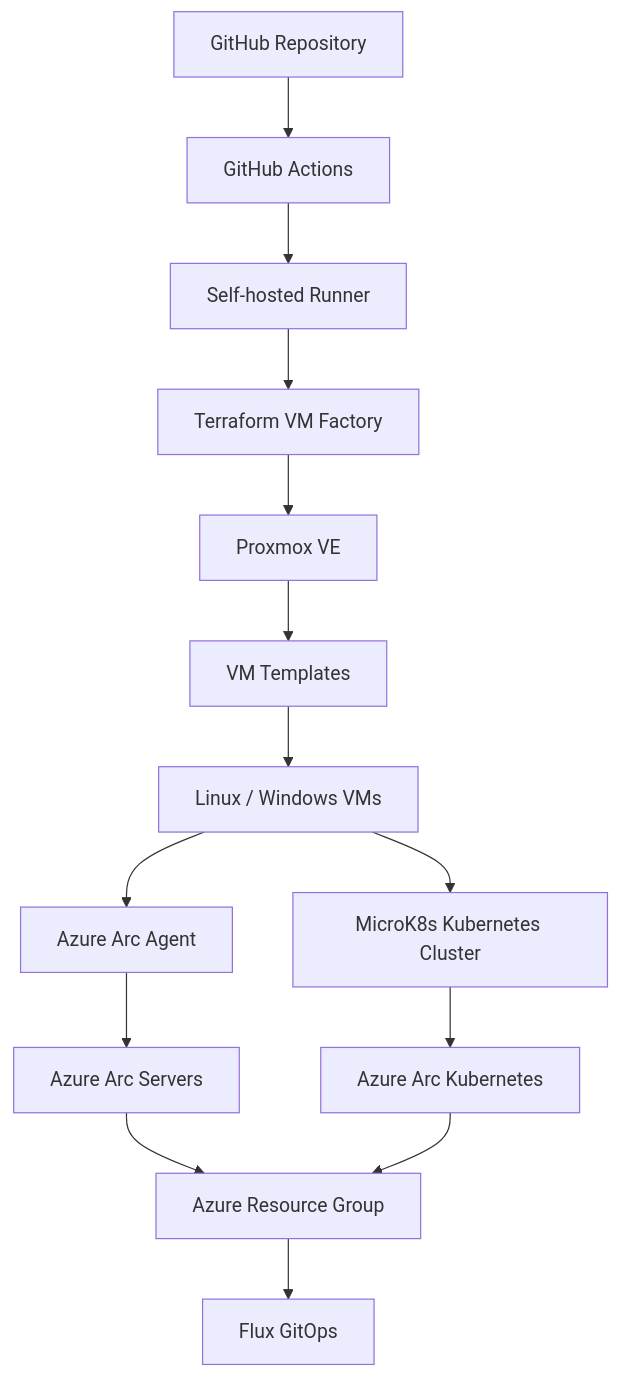
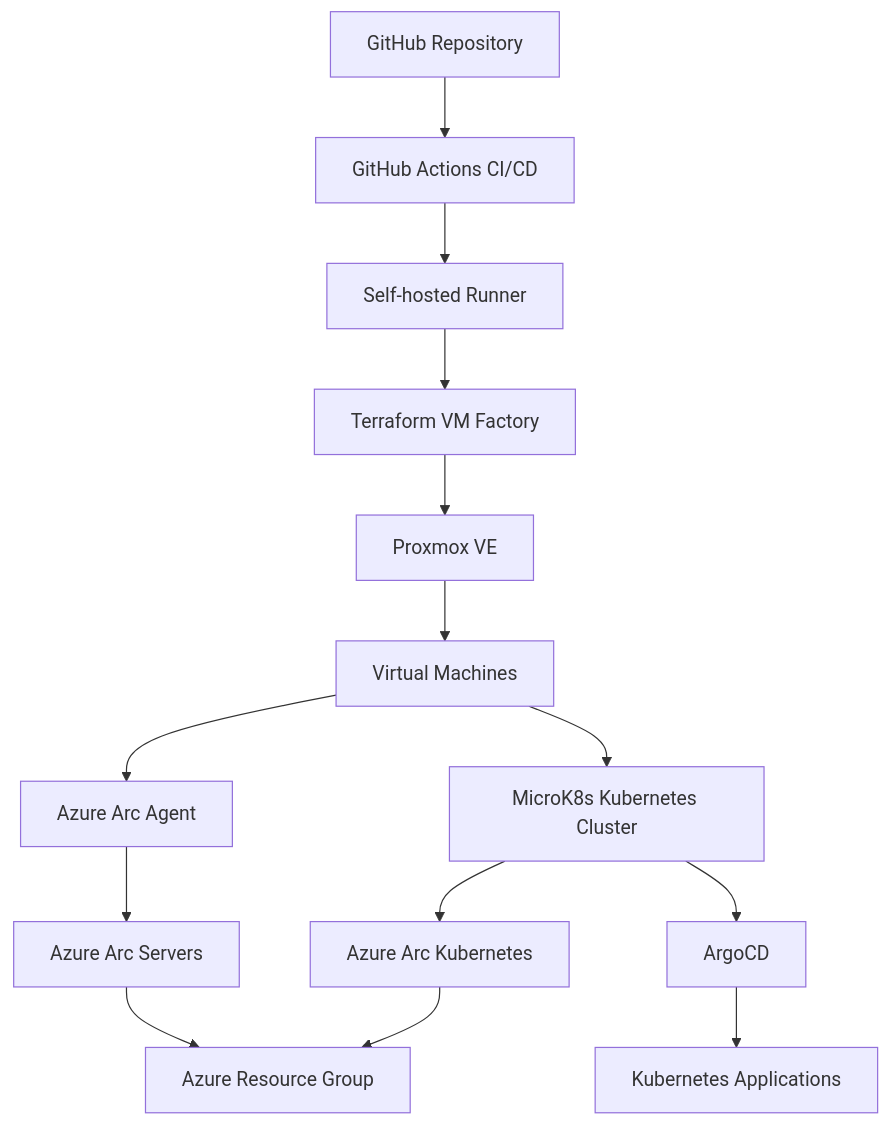
The diagram in README.md (johnhh-dev/proxmox-multios-vm-factory), drawn with Mermaid before and after one commit. The commit also changed other lines of this file, not shown here.

````diff
--- a/README.md
+++ b/README.md
@@ -17,23 +35,24 @@
 ```mermaid
 flowchart TD
 
-A[GitHub Repository] --> B[GitHub Actions]
+A[GitHub Repository] --> B[GitHub Actions CI/CD]
 B --> C[Self-hosted Runner]
+
 C --> D[Terraform VM Factory]
 
 D --> E[Proxmox VE]
-E --> F[VM Templates]
+E --> F[Virtual Machines]
 
-F --> G[Linux / Windows VMs]
-G --> H[MicroK8s Kubernetes Cluster]
+F --> G[MicroK8s Kubernetes Cluster]
 
-G --> I[Azure Arc Agent]
-H --> J[Azure Arc Kubernetes]
+F --> H[Azure Arc Agent]
+G --> I[Azure Arc Kubernetes]
 
-I --> K[Azure Arc Servers]
+H --> J[Azure Arc Servers]
 
-K --> L[Azure Resource Group]
-J --> L
+J --> K[Azure Resource Group]
+I --> K
 
-L --> M[Flux GitOps]
+G --> L[ArgoCD]
+L --> M[Kubernetes Applications]
 ```
````
